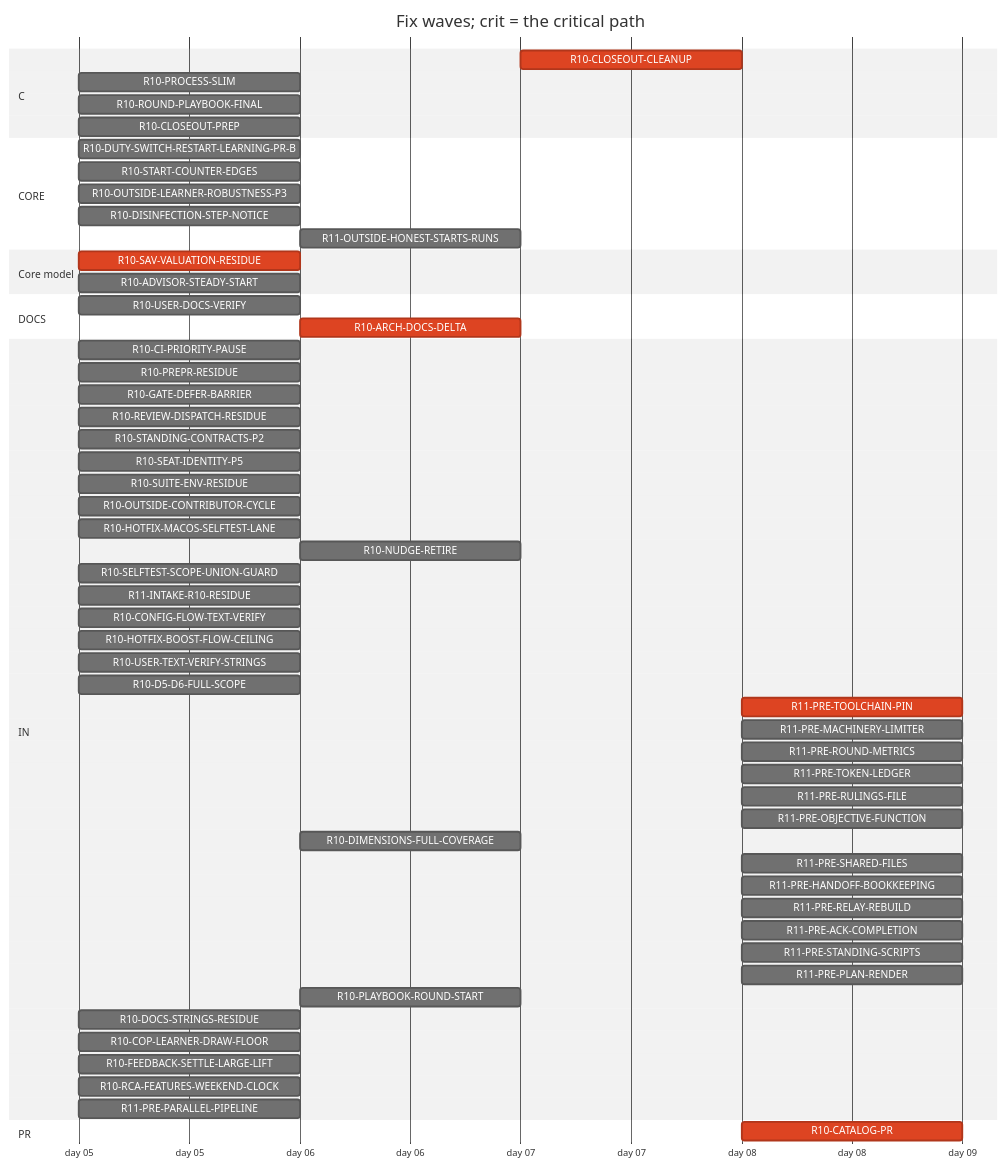
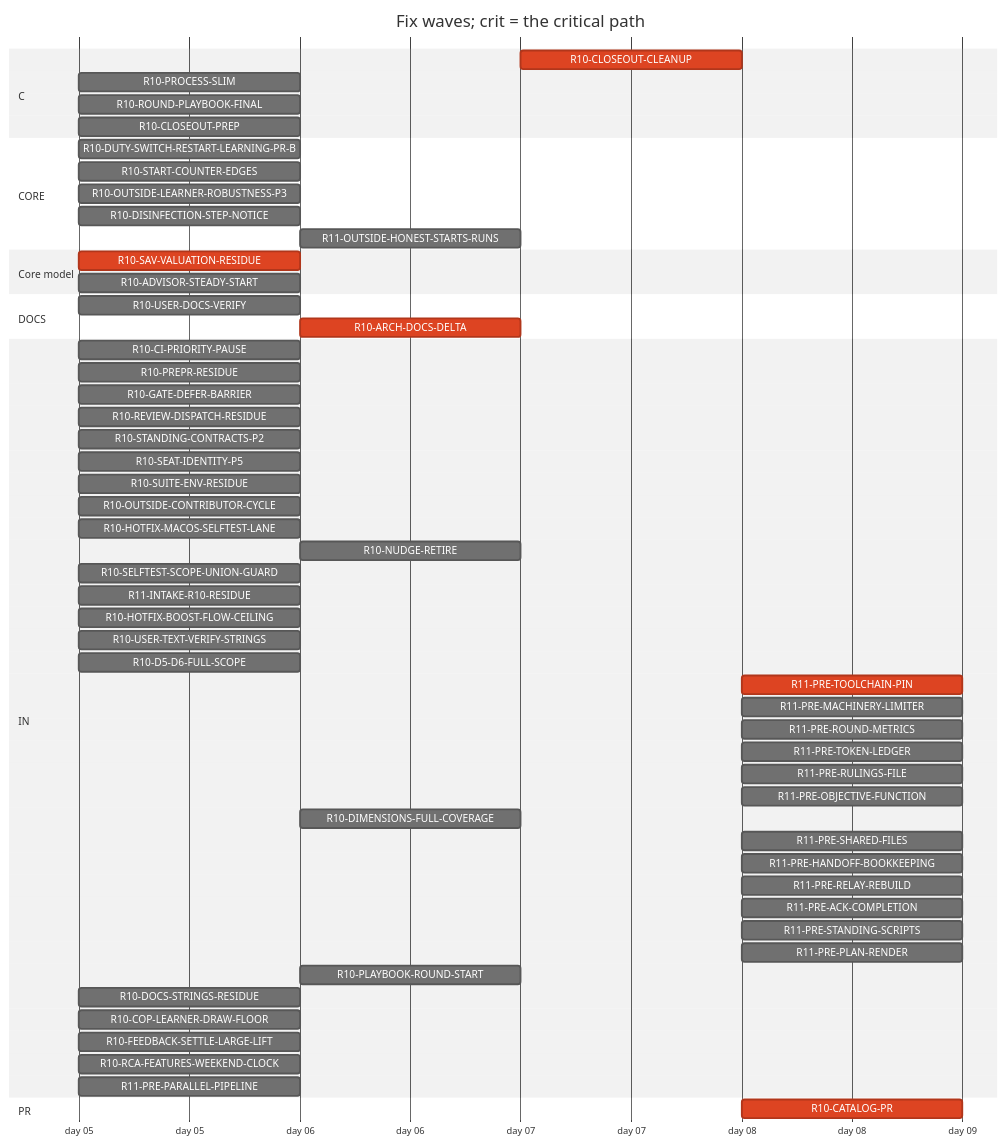
One commit to tvofi/heatpump_optimizer changed the diagram in handoff/round10/state/PLAN-TABLE.md. Above: the diagram before and after it, drawn with Mermaid (neutral theme). The commit also changed other lines of this file and 3 other files, not shown here.

Commit message:
state: FLOW-BOARD.md, NEXT-SESSION-PROMPT.md, PLAN-TABLE.md, RESUME-CURRENT.md regenerated (state_docs.py)

````diff
--- a/handoff/round10/state/PLAN-TABLE.md
+++ b/handoff/round10/state/PLAN-TABLE.md
@@ -19,61 +19,60 @@
 ```mermaid
 gantt
   title Fix waves; crit = the critical path
   dateFormat YYYY-MM-DD
   axisFormat day %d
   section C
     R10-CLOSEOUT-CLEANUP :crit, r10CLOSEOUTCLEANUP, after r10USERDOCSVERIFY r10CLOSEOUTPREP r10ARCHDOCSDELTA, 1d
     R10-PROCESS-SLIM :r10PROCESSSLIM, 2026-01-05, 1d
     R10-ROUND-PLAYBOOK-FINAL :r10ROUNDPLAYBOOKFINAL, 2026-01-05, 1d
     R10-CLOSEOUT-PREP :r10CLOSEOUTPREP, 2026-01-05, 1d
   section CORE
     R10-DUTY-SWITCH-RESTART-LEARNING-PR-B :r10DUTYSWITCHRESTARTLEARNINGPRB, 2026-01-05, 1d
     R10-START-COUNTER-EDGES :r10STARTCOUNTEREDGES, 2026-01-05, 1d
     R10-OUTSIDE-LEARNER-ROBUSTNESS-P3 :r10OUTSIDELEARNERROBUSTNESSP3, 2026-01-05, 1d
     R10-DISINFECTION-STEP-NOTICE :r10DISINFECTIONSTEPNOTICE, 2026-01-05, 1d
     R11-OUTSIDE-HONEST-STARTS-RUNS :r11OUTSIDEHONESTSTARTSRUNS, after r10ADVISORSTEADYSTART, 1d
   section Core model
     R10-SAV-VALUATION-RESIDUE :crit, r10SAVVALUATIONRESIDUE, 2026-01-05, 1d
     R10-ADVISOR-STEADY-START :r10ADVISORSTEADYSTART, 2026-01-05, 1d
   section DOCS
     R10-USER-DOCS-VERIFY :r10USERDOCSVERIFY, 2026-01-05, 1d
     R10-ARCH-DOCS-DELTA :crit, r10ARCHDOCSDELTA, after r10SAVVALUATIONRESIDUE r10ADVISORSTEADYSTART, 1d
   section IN
     R10-CI-PRIORITY-PAUSE :r10CIPRIORITYPAUSE, 2026-01-05, 1d
     R10-PREPR-RESIDUE :r10PREPRRESIDUE, 2026-01-05, 1d
     R10-GATE-DEFER-BARRIER :r10GATEDEFERBARRIER, 2026-01-05, 1d
     R10-REVIEW-DISPATCH-RESIDUE :r10REVIEWDISPATCHRESIDUE, 2026-01-05, 1d
     R10-STANDING-CONTRACTS-P2 :r10STANDINGCONTRACTSP2, 2026-01-05, 1d
     R10-SEAT-IDENTITY-P5 :r10SEATIDENTITYP5, 2026-01-05, 1d
     R10-SUITE-ENV-RESIDUE :r10SUITEENVRESIDUE, 2026-01-05, 1d
     R10-OUTSIDE-CONTRIBUTOR-CYCLE :r10OUTSIDECONTRIBUTORCYCLE, 2026-01-05, 1d
     R10-HOTFIX-MACOS-SELFTEST-LANE :r10HOTFIXMACOSSELFTESTLANE, 2026-01-05, 1d
     R10-NUDGE-RETIRE :r10NUDGERETIRE, after r10ROUNDPLAYBOOKFINAL, 1d
     R10-SELFTEST-SCOPE-UNION-GUARD :r10SELFTESTSCOPEUNIONGUARD, 2026-01-05, 1d
     R11-INTAKE-R10-RESIDUE :r11INTAKER10RESIDUE, 2026-01-05, 1d
-    R10-CONFIG-FLOW-TEXT-VERIFY :r10CONFIGFLOWTEXTVERIFY, 2026-01-05, 1d
     R10-HOTFIX-BOOST-FLOW-CEILING :r10HOTFIXBOOSTFLOWCEILING, 2026-01-05, 1d
     R10-USER-TEXT-VERIFY-STRINGS :r10USERTEXTVERIFYSTRINGS, 2026-01-05, 1d
     R10-D5-D6-FULL-SCOPE :r10D5D6FULLSCOPE, 2026-01-05, 1d
     R11-PRE-TOOLCHAIN-PIN :crit, r11PRETOOLCHAINPIN, after r10CATALOGPR, 1d
     R11-PRE-MACHINERY-LIMITER :r11PREMACHINERYLIMITER, after r10CATALOGPR, 1d
     R11-PRE-ROUND-METRICS :r11PREROUNDMETRICS, after r10CATALOGPR, 1d
     R11-PRE-TOKEN-LEDGER :r11PRETOKENLEDGER, after r10CATALOGPR, 1d
     R11-PRE-RULINGS-FILE :r11PRERULINGSFILE, after r10CATALOGPR, 1d
     R11-PRE-OBJECTIVE-FUNCTION :r11PREOBJECTIVEFUNCTION, after r10CATALOGPR, 1d
     R10-DIMENSIONS-FULL-COVERAGE :r10DIMENSIONSFULLCOVERAGE, after r10D5D6FULLSCOPE, 1d
     R11-PRE-SHARED-FILES :r11PRESHAREDFILES, after r10CATALOGPR, 1d
     R11-PRE-HANDOFF-BOOKKEEPING :r11PREHANDOFFBOOKKEEPING, after r10CATALOGPR, 1d
     R11-PRE-RELAY-REBUILD :r11PRERELAYREBUILD, after r10CATALOGPR, 1d
     R11-PRE-ACK-COMPLETION :r11PREACKCOMPLETION, after r10CATALOGPR, 1d
     R11-PRE-STANDING-SCRIPTS :r11PRESTANDINGSCRIPTS, after r10CATALOGPR, 1d
     R11-PRE-PLAN-RENDER :r11PREPLANRENDER, after r10CATALOGPR, 1d
     R10-PLAYBOOK-ROUND-START :r10PLAYBOOKROUNDSTART, after r10ROUNDPLAYBOOKFINAL, 1d
     R10-DOCS-STRINGS-RESIDUE :r10DOCSSTRINGSRESIDUE, 2026-01-05, 1d
     R10-COP-LEARNER-DRAW-FLOOR :r10COPLEARNERDRAWFLOOR, 2026-01-05, 1d
     R10-FEEDBACK-SETTLE-LARGE-LIFT :r10FEEDBACKSETTLELARGELIFT, 2026-01-05, 1d
     R10-RCA-FEATURES-WEEKEND-CLOCK :r10RCAFEATURESWEEKENDCLOCK, 2026-01-05, 1d
     R11-PRE-PARALLEL-PIPELINE :r11PREPARALLELPIPELINE, 2026-01-05, 1d
   section PR
     R10-CATALOG-PR :crit, r10CATALOGPR, after r10USERDOCSVERIFY r10CLOSEOUTCLEANUP r10CLOSEOUTPREP r10ARCHDOCSDELTA, 1d
 ```
````
